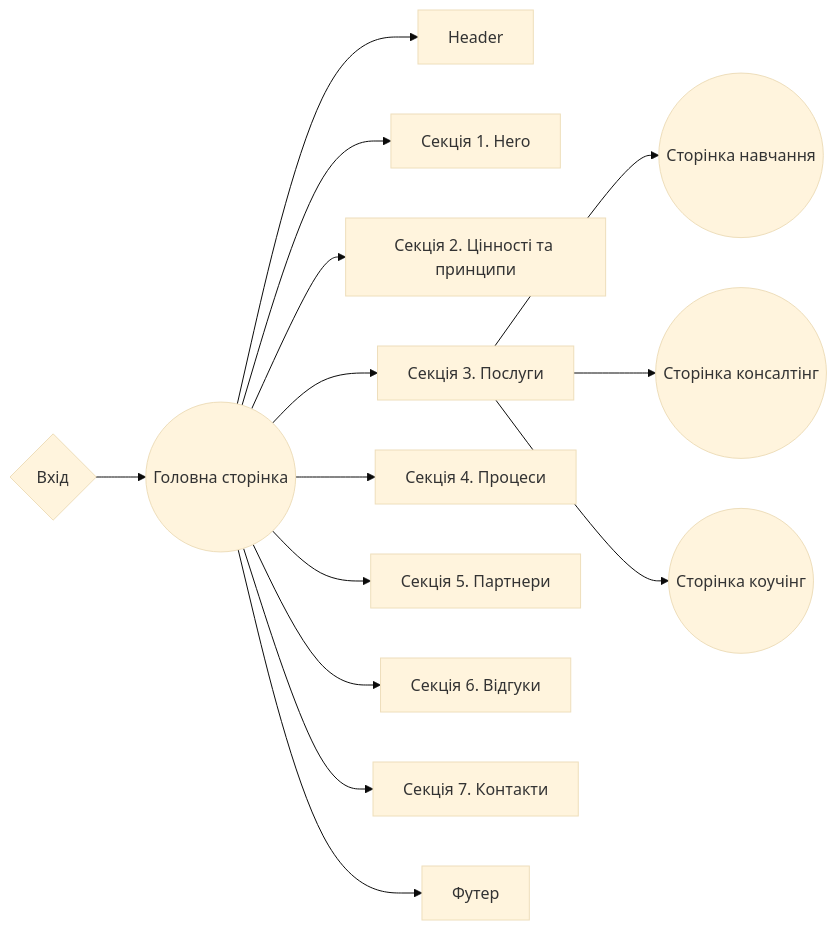
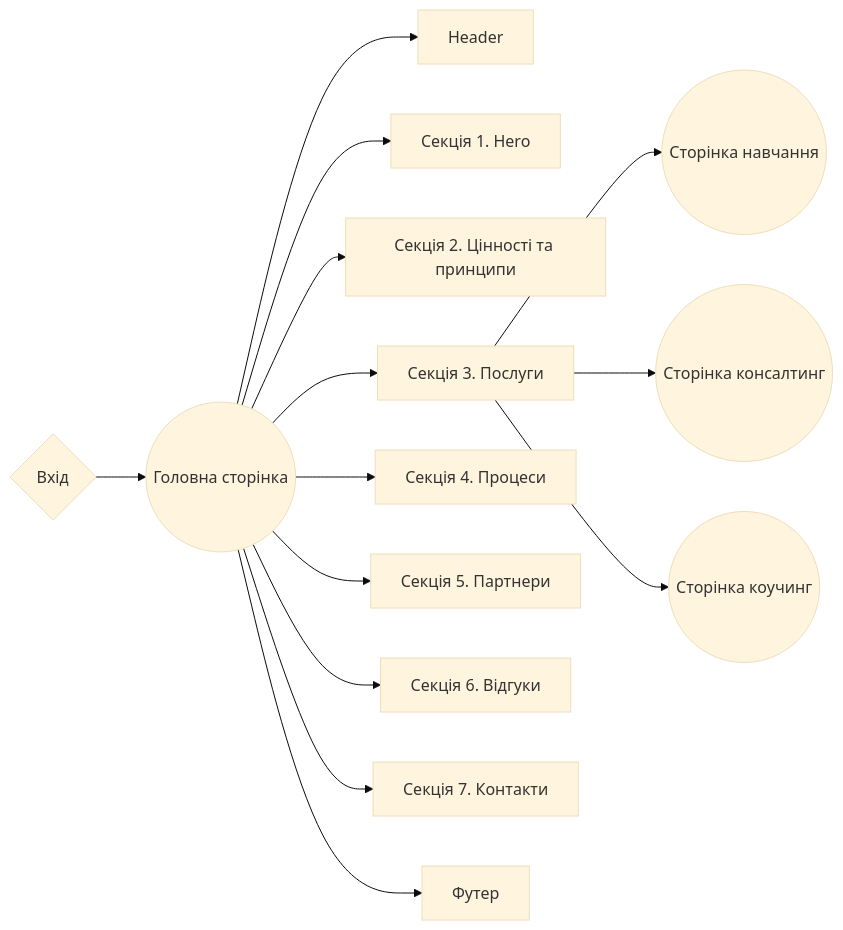
Before and after one commit to SoftRyzen-internship/IM-CONSULTING: the diagram in README.md, drawn with Mermaid (base theme). The commit also changed 6 other files, not shown here.

````diff
--- a/README.md
+++ b/README.md
@@ -64,17 +64,17 @@
 ```mermaid
 graph LR
 
   Z{Вхід} --> A((Головна сторінка))
   A --> B[Header]
   A --> C[Секція 1. Hero]
   A --> D[Секція 2. Цінності та принципи]
   A --> E[Секція 3. Послуги]
   A --> F[Секція 4. Процеси]
   A --> G[Секція 5. Партнери]
   A --> H[Секція 6. Відгуки]
   A --> I[Секція 7. Контакти]
   A --> J[Футер]
   E --> N((Сторінка навчання))
-  E --> O((Сторінка консалтінг))
-  E --> P((Сторінка коучінг))
+  E --> O((Сторінка консалтинг))
+  E --> P((Сторінка коучинг))
 ```
````
